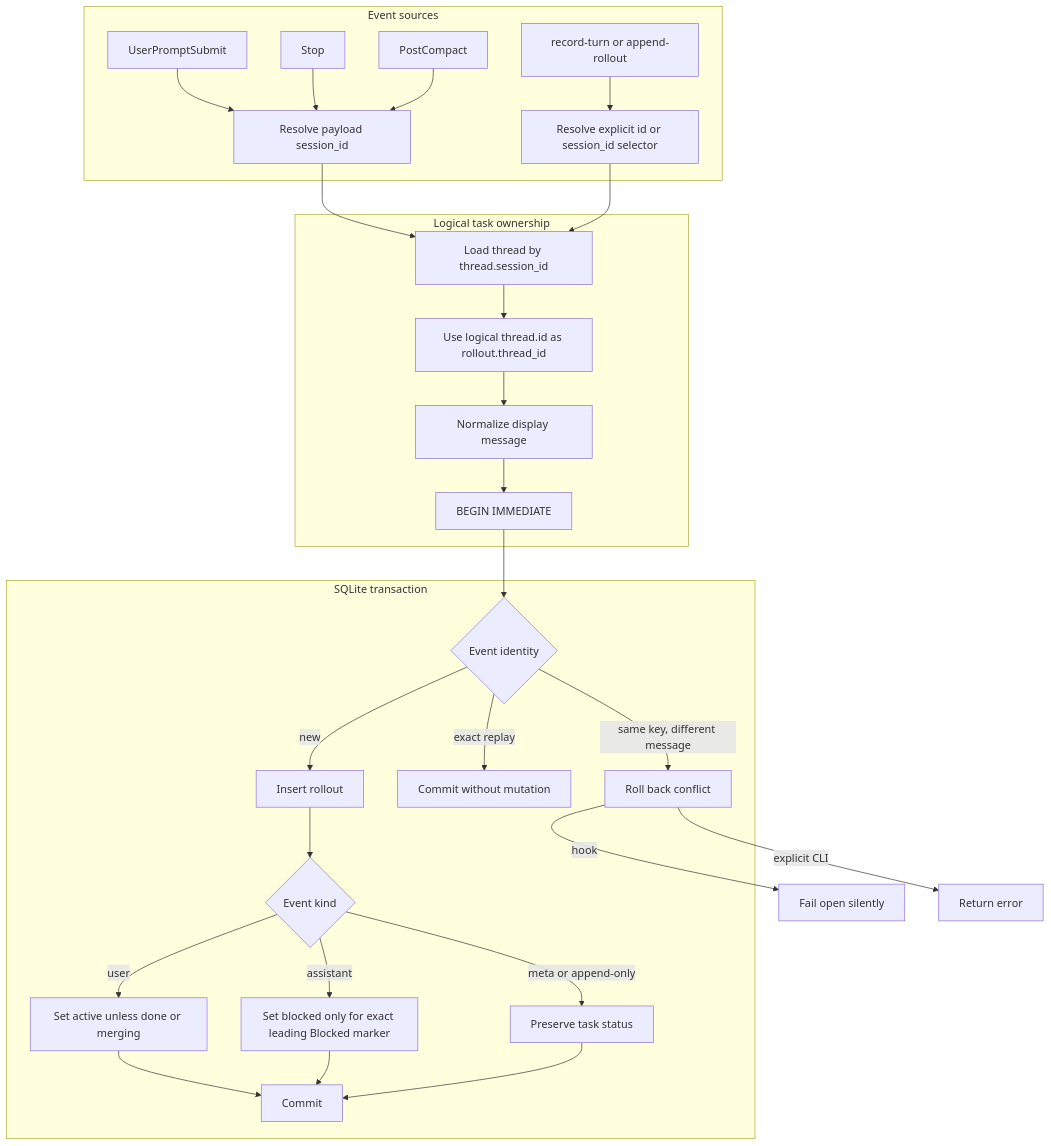
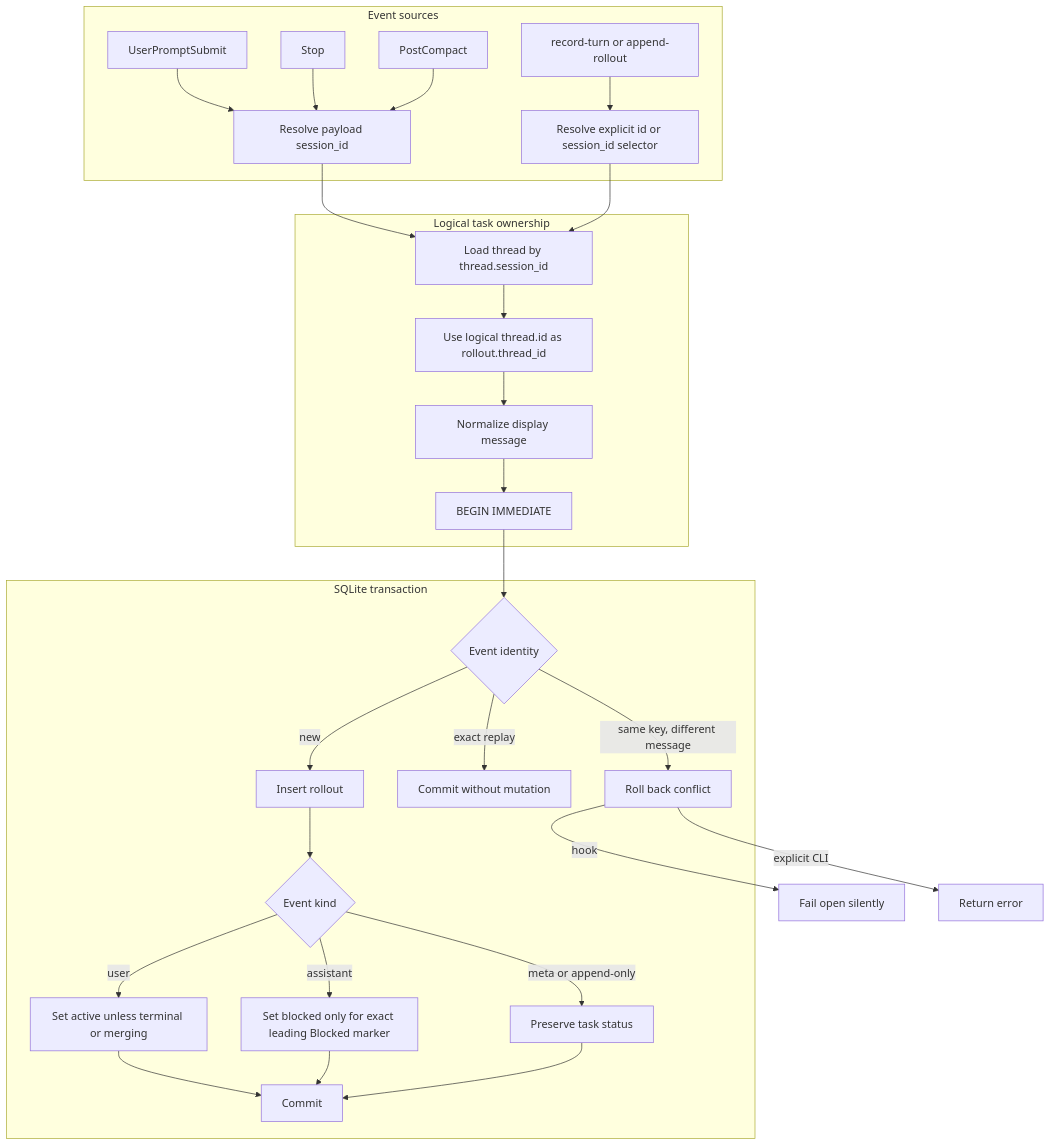
The diagram in active/agtask/docs/flows/rollout-updates.md (kevinslin/skills), drawn with Mermaid before and after one commit. The commit also changed other lines of this file and 15 other files, not shown here.

````diff
--- a/active/agtask/docs/flows/rollout-updates.md
+++ b/active/agtask/docs/flows/rollout-updates.md
@@ -24,34 +24,34 @@
 ```mermaid
 graph TD
     subgraph Inputs["Event sources"]
         A["UserPromptSubmit"] --> D["Resolve payload session_id"]
         B["Stop"] --> D
         C["record-turn or append-rollout"] --> E["Resolve explicit id or session_id selector"]
         F["PostCompact"] --> D
     end
 
     subgraph Ownership["Logical task ownership"]
         D --> G["Load thread by thread.session_id"]
         E --> G
         G --> H["Use logical thread.id as rollout.thread_id"]
         H --> I["Normalize display message"]
         I --> J["BEGIN IMMEDIATE"]
     end
 
     subgraph Persistence["SQLite transaction"]
         J --> K{"Event identity"}
         K -->|new| L["Insert rollout"]
         K -->|exact replay| M["Commit without mutation"]
         K -->|same key, different message| N["Roll back conflict"]
         L --> O{"Event kind"}
-        O -->|user| P["Set active unless done or merging"]
+        O -->|user| P["Set active unless terminal or merging"]
         O -->|assistant| Q["Set blocked only for exact leading Blocked marker"]
         O -->|meta or append-only| R["Preserve task status"]
         P --> S["Commit"]
         Q --> S
         R --> S
     end
 
     N -->|hook| T["Fail open silently"]
     N -->|explicit CLI| U["Return error"]
 ```
````
